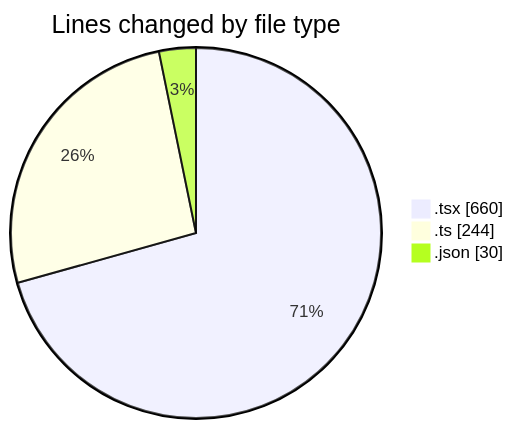
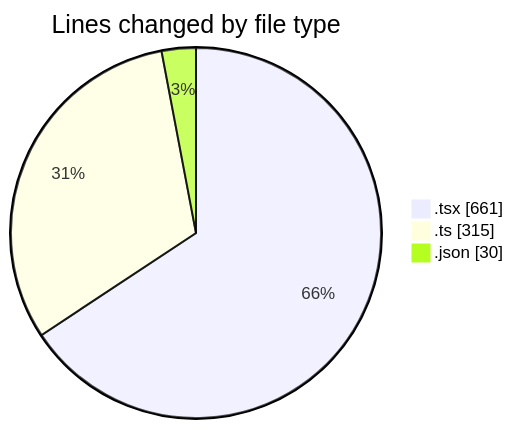
The first of 2 diagrams in 2025-04-29/cda/README.md (momahboobian/code-tracking), drawn with Mermaid before and after one commit. The commit also changed other lines of this file and 1 other file, not shown here.

````diff
--- a/2025-04-29/cda/README.md
+++ b/2025-04-29/cda/README.md
@@ -27,7 +28,7 @@
 ```mermaid
 pie showData
 title Lines changed by file type
-".tsx" : 660
-".ts" : 244
+".tsx" : 661
+".ts" : 315
 ".json" : 30
 ```
````
